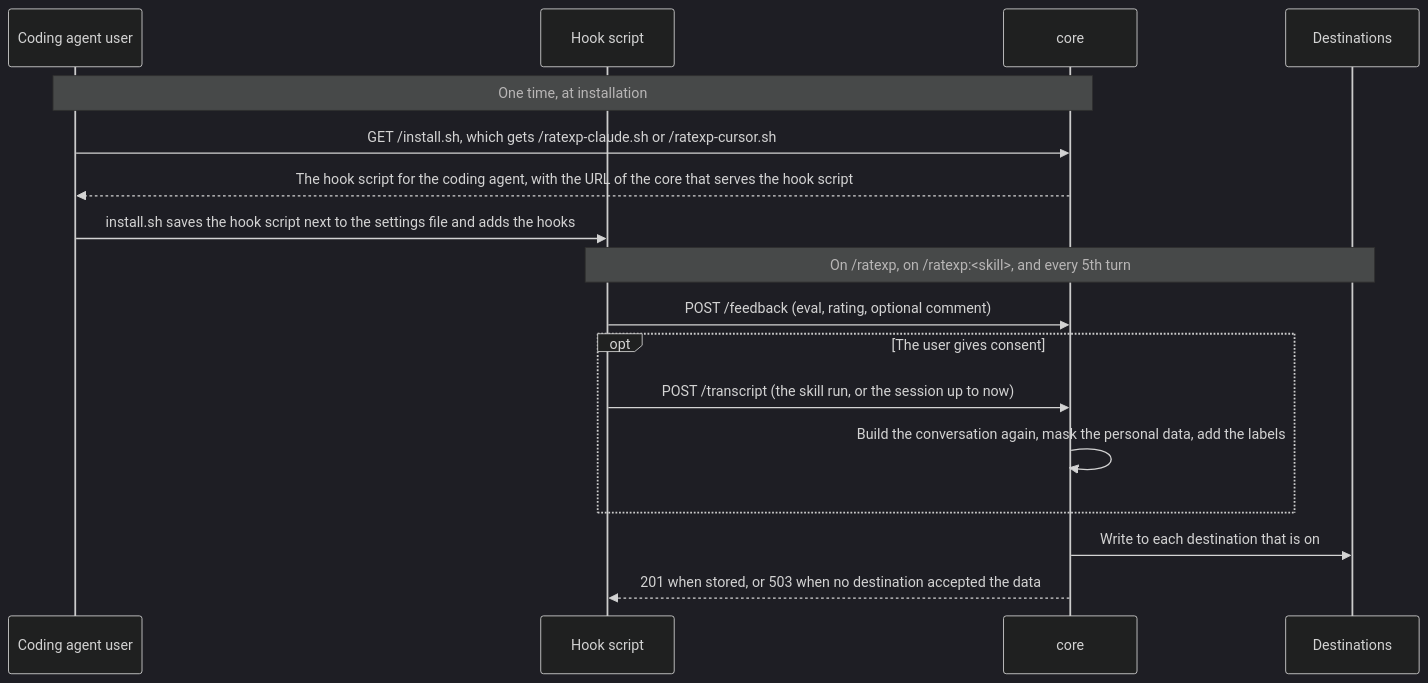
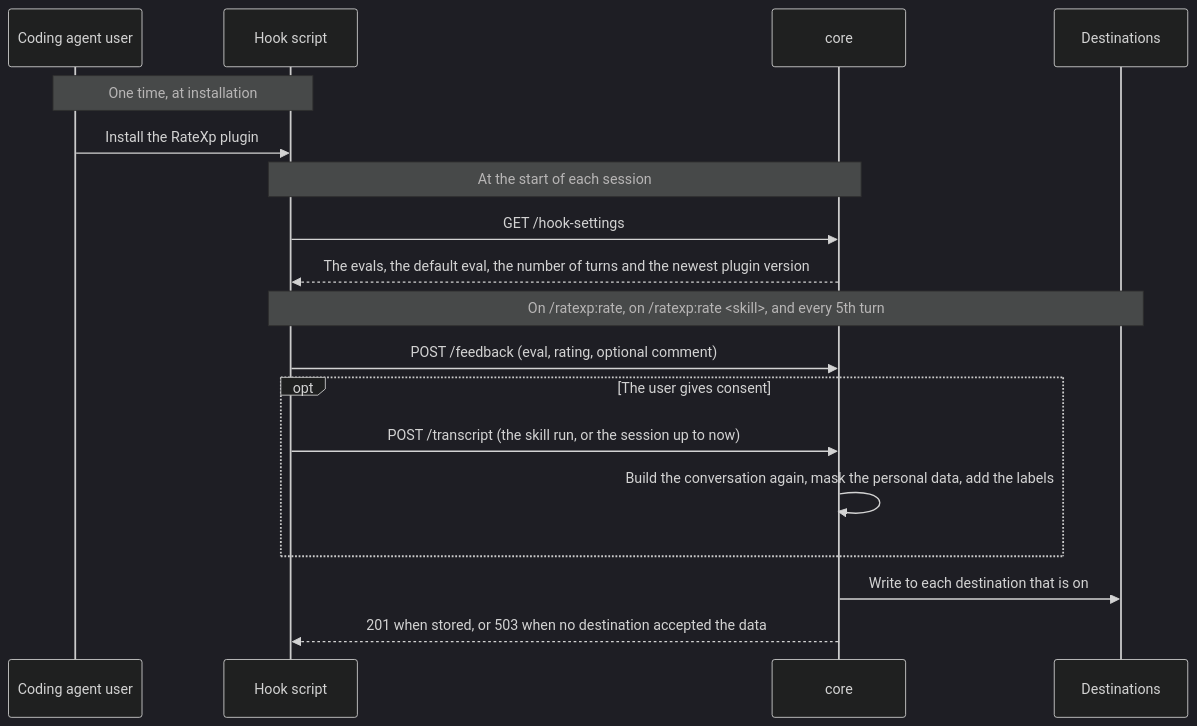
The diagram in README.md (HikmetB1/RateXp), drawn with Mermaid (dark theme) before and after one commit. The commit also changed other lines of this file and 36 other files, not shown here.

Commit message:
feat: ship RateXp as a Claude Code and Cursor CLI plugin with a native /ratexp:rate [skill] [eval] command, take the evals, default eval and turns from core at /hook-settings, and remove the one-line curl install

````diff
--- a/README.md
+++ b/README.md
@@ -195,21 +224,23 @@
 ```mermaid
 sequenceDiagram
     participant A as Coding agent user
     participant H as Hook script
     participant C as core
     participant D as Destinations
 
-    Note over A,C: One time, at installation
-    A->>C: GET /install.sh, which gets /ratexp-claude.sh or /ratexp-cursor.sh
-    C-->>A: The hook script for the coding agent, with the URL of the core that serves the hook script
-    A->>H: install.sh saves the hook script next to the settings file and adds the hooks
+    Note over A,H: One time, at installation
+    A->>H: Install the RateXp plugin
 
-    Note over H,D: On /ratexp, on /ratexp:<skill>, and every 5th turn
+    Note over H,C: At the start of each session
+    H->>C: GET /hook-settings
+    C-->>H: The evals, the default eval, the number of turns and the newest plugin version
+
+    Note over H,D: On /ratexp:rate, on /ratexp:rate <skill>, and every 5th turn
     H->>C: POST /feedback (eval, rating, optional comment)
     opt The user gives consent
         H->>C: POST /transcript (the skill run, or the session up to now)
         C->>C: Build the conversation again, mask the personal data, add the labels
     end
     C->>D: Write to each destination that is on
     C-->>H: 201 when stored, or 503 when no destination accepted the data
 ```
````
